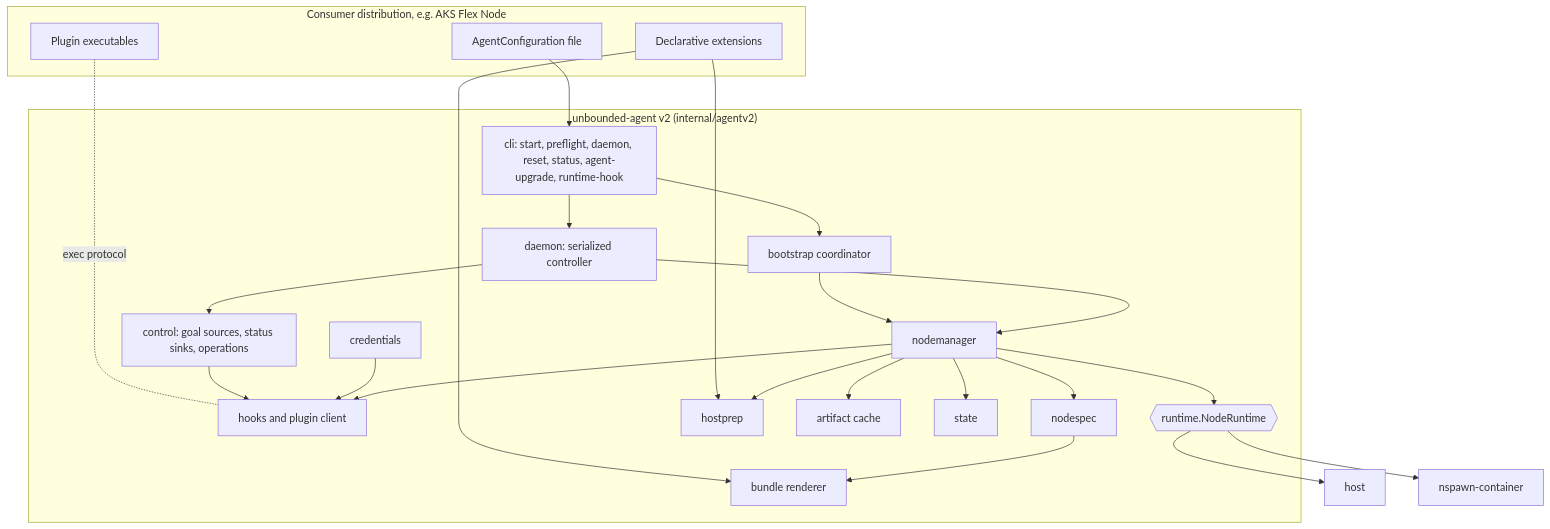
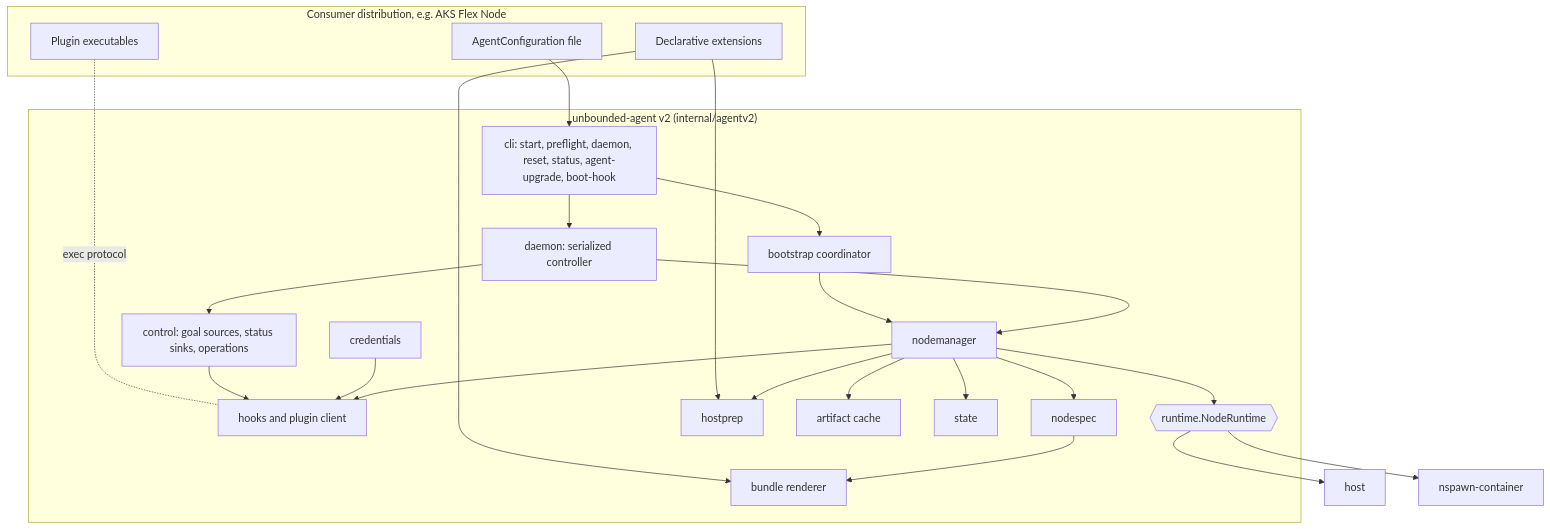
The first of 9 diagrams in designs/agent-v2.md (Azure/unbounded), drawn with Mermaid before and after one commit. The commit also changed other lines of this file and 1 other file, not shown here.

````diff
--- a/designs/agent-v2.md
+++ b/designs/agent-v2.md
@@ -221,40 +225,40 @@
 ```mermaid
 flowchart TB
   subgraph Consumer["Consumer distribution, e.g. AKS Flex Node"]
     CFG["AgentConfiguration file"]
     PLG["Plugin executables"]
     EXT["Declarative extensions"]
   end
   subgraph Agent["unbounded-agent v2 (internal/agentv2)"]
-    CLI["cli: start, preflight, daemon, reset, status, agent-upgrade, runtime-hook"]
+    CLI["cli: start, preflight, daemon, reset, status, agent-upgrade, boot-hook"]
     BOOT["bootstrap coordinator"]
     DAE["daemon: serialized controller"]
     NM["nodemanager"]
     CTRL["control: goal sources, status sinks, operations"]
     CRED["credentials"]
     HK["hooks and plugin client"]
     SPEC["nodespec"]
     BUN["bundle renderer"]
     HP["hostprep"]
     ART["artifact cache"]
     ST["state"]
     RTI{{"runtime.NodeRuntime"}}
   end
   CFG --> CLI
   PLG -. exec protocol .- HK
   EXT --> BUN
   EXT --> HP
   CLI --> BOOT --> NM
   CLI --> DAE --> NM
   DAE --> CTRL
   NM --> SPEC --> BUN
   NM --> ART
   NM --> ST
   NM --> HP
   NM --> RTI
   CTRL --> HK
   CRED --> HK
   NM --> HK
   RTI --> RTH["host"]
   RTI --> RTN["nspawn-container"]
 ```
````
